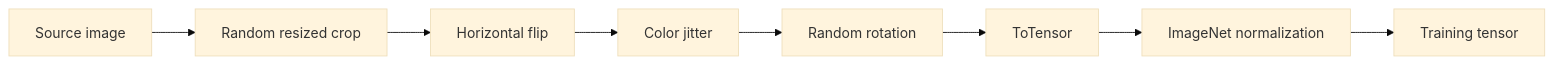
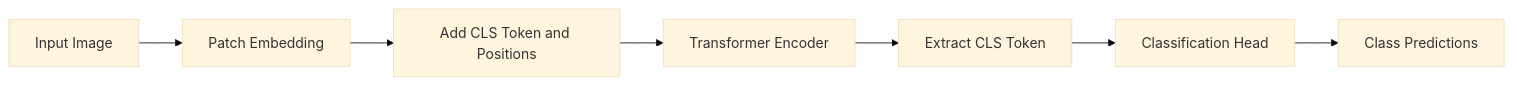
Before and after one commit to Melvin-Paul-Jacob/ViT-Classifier: the diagram in README.md, drawn with Mermaid (base theme). The commit also changed other lines of this file, not shown here.

````diff
--- a/README.md
+++ b/README.md
@@ -205,13 +41,9 @@
 ```mermaid
 flowchart LR
-    A["Source image"]
-    B["Random resized crop"]
-    C["Horizontal flip"]
-    D["Color jitter"]
-    E["Random rotation"]
-    F["ToTensor"]
-    G["ImageNet normalization"]
-    H["Training tensor"]
-
-    A --> B --> C --> D --> E --> F --> G --> H
+    A["Input Image"] --> B["Patch Embedding"]
+    B --> C["Add CLS Token and Positions"]
+    C --> D["Transformer Encoder"]
+    D --> E["Extract CLS Token"]
+    E --> F["Classification Head"]
+    F --> G["Class Predictions"]
 ```
````
